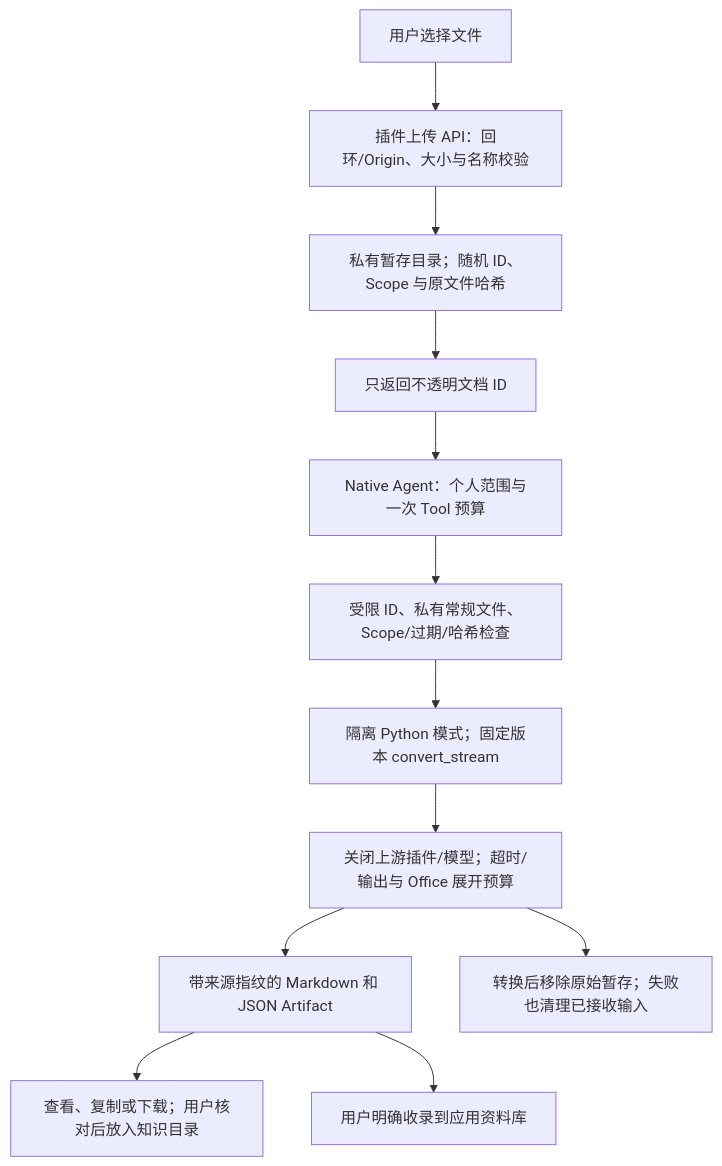
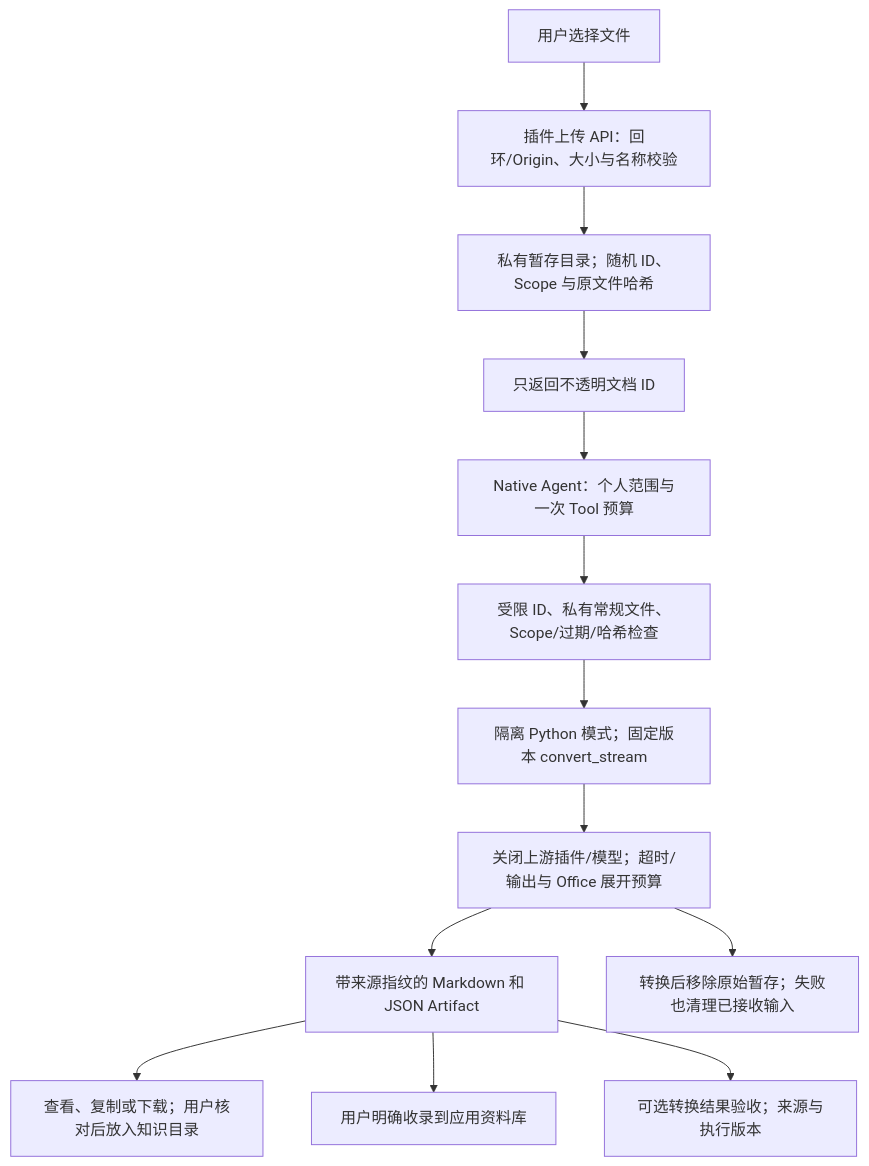
One commit to KlayPeter/AI-Delivery-Ops-Agent changed the diagram in backend/src/connectors/markitdown/FEATURE.md. Above: the diagram before and after it, drawn with Mermaid. The commit also changed other lines of this file and 27 other files, not shown here.

````diff
--- a/backend/src/connectors/markitdown/FEATURE.md
+++ b/backend/src/connectors/markitdown/FEATURE.md
@@ -20,14 +20,15 @@
 ```mermaid
 flowchart TD
     F[用户选择文件] --> API[插件上传 API：回环/Origin、大小与名称校验]
     API --> TMP[私有暂存目录；随机 ID、Scope 与原文件哈希]
     TMP --> ID[只返回不透明文档 ID]
     ID --> RUN[Native Agent：个人范围与一次 Tool 预算]
     RUN --> LOAD[受限 ID、私有常规文件、Scope/过期/哈希检查]
     LOAD --> PY[隔离 Python 模式；固定版本 convert_stream]
     PY --> LIMIT[关闭上游插件/模型；超时/输出与 Office 展开预算]
     LIMIT --> MD[带来源指纹的 Markdown 和 JSON Artifact]
     LIMIT --> CLEAN[转换后移除原始暂存；失败也清理已接收输入]
     MD --> UI[查看、复制或下载；用户核对后放入知识目录]
     MD --> KLIB[用户明确收录到应用资料库]
+    MD --> QCR[可选转换结果验收；来源与执行版本]
 ```
````
